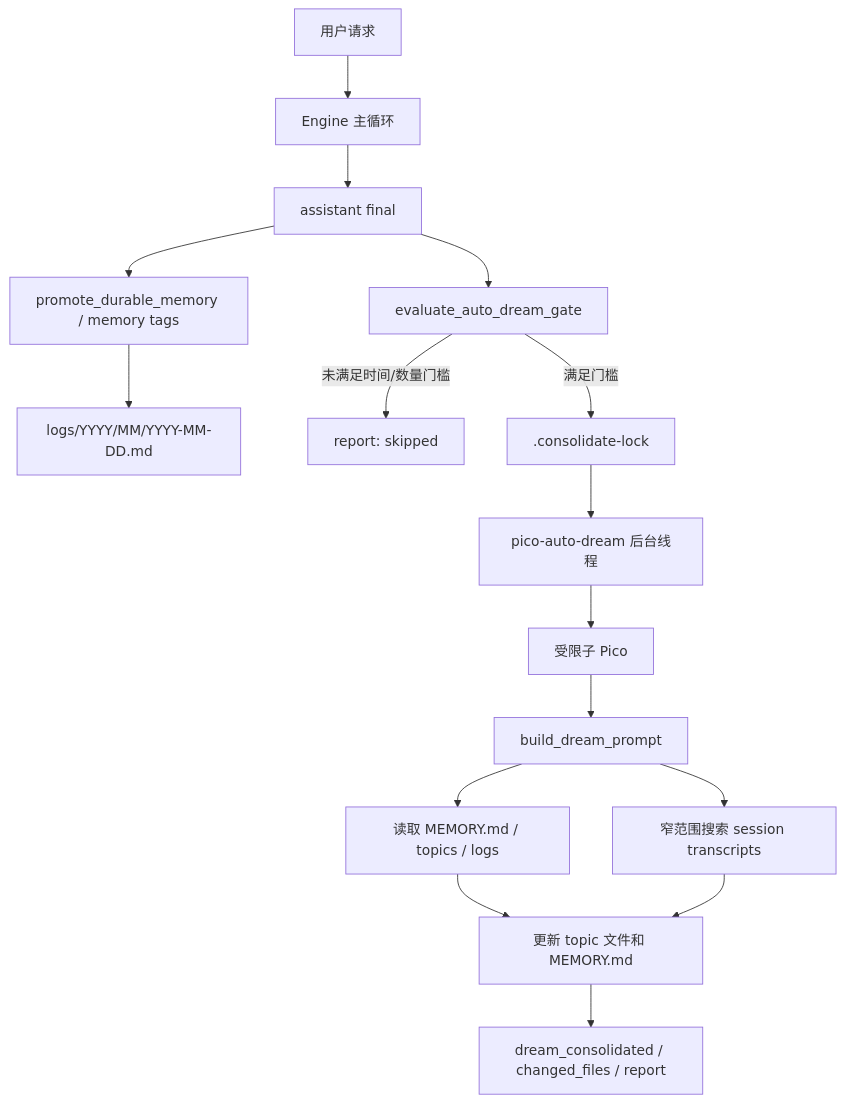
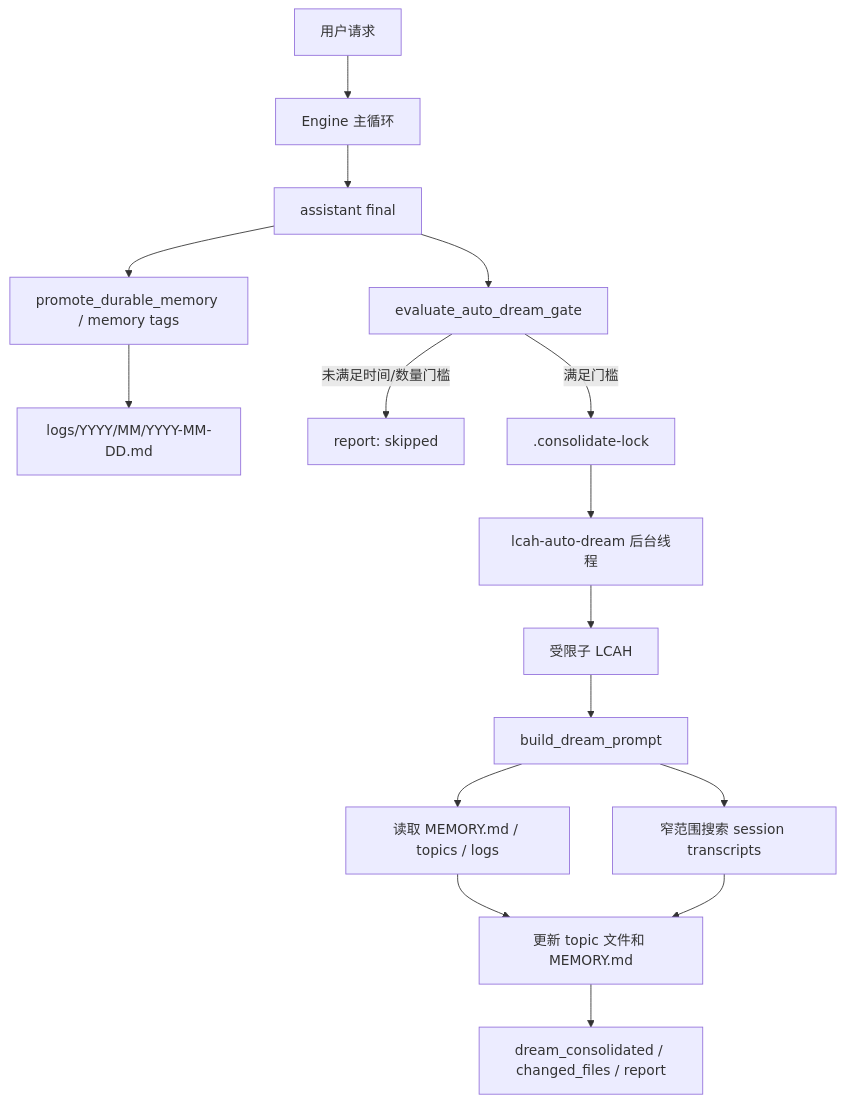
One commit to smallwhite-a1/LCAH changed the diagram in release/v3/learning/11-dream-memory-consolidation.md. Above: the diagram before and after it, drawn with Mermaid. The commit also changed other lines of this file and 175 other files, not shown here.

````diff
--- a/release/v3/learning/11-dream-memory-consolidation.md
+++ b/release/v3/learning/11-dream-memory-consolidation.md
@@ -70,18 +70,18 @@
 ```mermaid
 flowchart TD
     U["用户请求"] --> E["Engine 主循环"]
     E --> F["assistant final"]
     F --> P["promote_durable_memory / memory tags"]
     P --> L["logs/YYYY/MM/YYYY-MM-DD.md"]
     F --> G["evaluate_auto_dream_gate"]
     G -->|未满足时间/数量门槛| R["report: skipped"]
     G -->|满足门槛| K[".consolidate-lock"]
-    K --> T["pico-auto-dream 后台线程"]
-    T --> C["受限子 Pico"]
+    K --> T["lcah-auto-dream 后台线程"]
+    T --> C["受限子 LCAH"]
     C --> DP["build_dream_prompt"]
     DP --> M["读取 MEMORY.md / topics / logs"]
     DP --> S["窄范围搜索 session transcripts"]
     M --> W["更新 topic 文件和 MEMORY.md"]
     S --> W
     W --> O["dream_consolidated / changed_files / report"]
 ```
````
